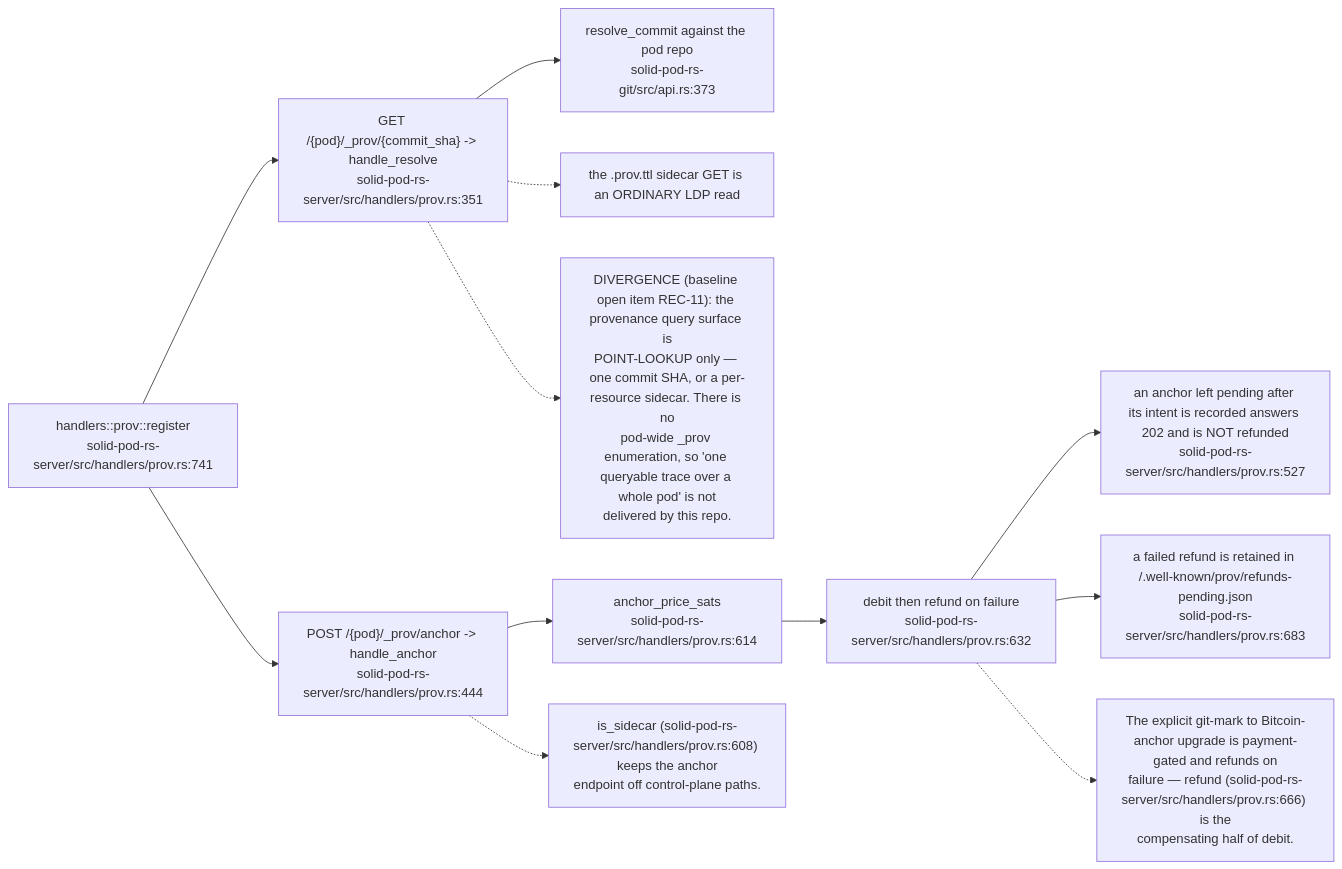
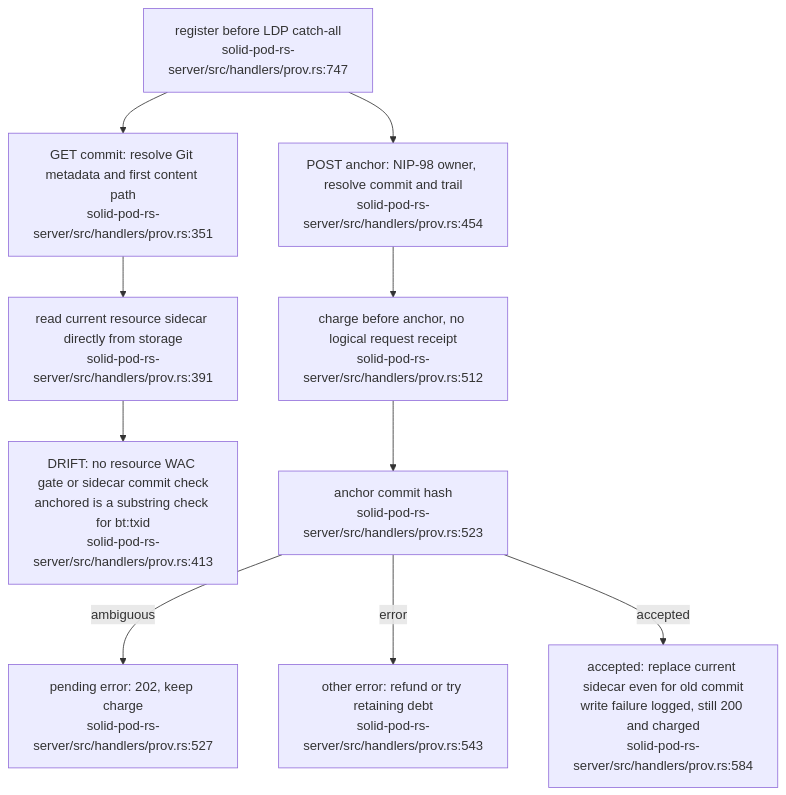
The sixth of 19 diagrams in docs/diagrams/solid-pod-rs/07-provenance-and-payments.md (DreamLab-AI/VisionFlow), drawn with Mermaid before and after one commit. The commit also changed other lines of this file and 54 other files, not shown here.

````diff
--- a/docs/diagrams/solid-pod-rs/07-provenance-and-payments.md
+++ b/docs/diagrams/solid-pod-rs/07-provenance-and-payments.md
@@ -180,25 +180,18 @@
 ```mermaid
-flowchart LR
-    R1["GET /{pod}/_prov/{commit_sha} -> handle_resolve<br/>solid-pod-rs-server/src/handlers/prov.rs:351"]
-    R2["POST /{pod}/_prov/anchor -> handle_anchor<br/>solid-pod-rs-server/src/handlers/prov.rs:444"]
-    REG["handlers::prov::register<br/>solid-pod-rs-server/src/handlers/prov.rs:741"]
-    RC["resolve_commit against the pod repo<br/>solid-pod-rs-git/src/api.rs:373"]
-    PRICE["anchor_price_sats<br/>solid-pod-rs-server/src/handlers/prov.rs:614"]
-    DEB["debit then refund on failure<br/>solid-pod-rs-server/src/handlers/prov.rs:632"]
-    PEND["an anchor left pending after its intent is recorded answers 202 and is NOT refunded<br/>solid-pod-rs-server/src/handlers/prov.rs:527"]
-    RET["a failed refund is retained in /.well-known/prov/refunds-pending.json<br/>solid-pod-rs-server/src/handlers/prov.rs:683"]
-    SIDE["the .prov.ttl sidecar GET is an ORDINARY LDP read"]
-
-    REG --> R1 --> RC
-    REG --> R2 --> PRICE --> DEB
-    DEB --> PEND
-    DEB --> RET
-    R1 -.-> SIDE
-
-    N["DIVERGENCE (baseline open item REC-11): the provenance query surface is<br/>POINT-LOOKUP only — one commit SHA, or a per-resource sidecar. There is no<br/>pod-wide _prov enumeration, so 'one queryable trace over a whole pod' is not<br/>delivered by this repo."]
-    R1 -.-> N
-    N2["The explicit git-mark to Bitcoin-anchor upgrade is payment-gated and refunds on<br/>failure — refund (solid-pod-rs-server/src/handlers/prov.rs:666) is the<br/>compensating half of debit."]
-    DEB -.-> N2
-    N3["is_sidecar (solid-pod-rs-server/src/handlers/prov.rs:608) keeps the anchor<br/>endpoint off control-plane paths."]
-    R2 -.-> N3
+flowchart TD
+    REG["register before LDP catch-all<br/>solid-pod-rs-server/src/handlers/prov.rs:747"]
+    GET["GET commit: resolve Git metadata and first content path<br/>solid-pod-rs-server/src/handlers/prov.rs:351"]
+    SC["read current resource sidecar directly from storage<br/>solid-pod-rs-server/src/handlers/prov.rs:391"]
+    LEAK["DRIFT: no resource WAC gate or sidecar commit check<br/>anchored is a substring check for bt:txid<br/>solid-pod-rs-server/src/handlers/prov.rs:413"]
+    POST["POST anchor: NIP-98 owner, resolve commit and trail<br/>solid-pod-rs-server/src/handlers/prov.rs:454"]
+    DEBIT["charge before anchor, no logical request receipt<br/>solid-pod-rs-server/src/handlers/prov.rs:512"]
+    ANCHOR["anchor commit hash<br/>solid-pod-rs-server/src/handlers/prov.rs:523"]
+    PENDING["pending error: 202, keep charge<br/>solid-pod-rs-server/src/handlers/prov.rs:527"]
+    REFUND["other error: refund or try retaining debt<br/>solid-pod-rs-server/src/handlers/prov.rs:543"]
+    WRITE["accepted: replace current sidecar even for old commit<br/>write failure logged, still 200 and charged<br/>solid-pod-rs-server/src/handlers/prov.rs:584"]
+    REG --> GET --> SC --> LEAK
+    REG --> POST --> DEBIT --> ANCHOR
+    ANCHOR -- ambiguous --> PENDING
+    ANCHOR -- error --> REFUND
+    ANCHOR -- accepted --> WRITE
 ```
````
